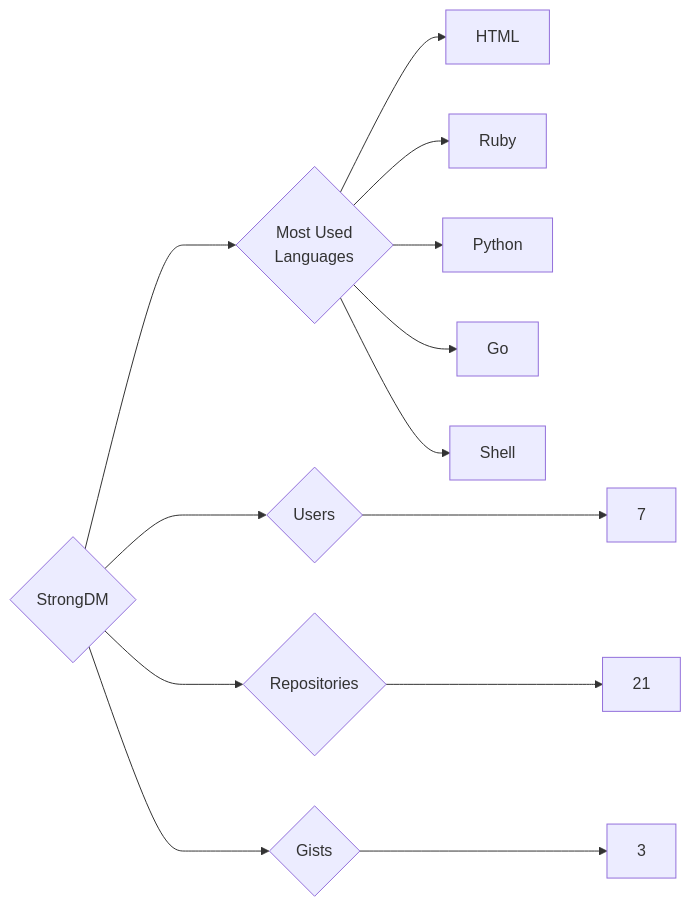
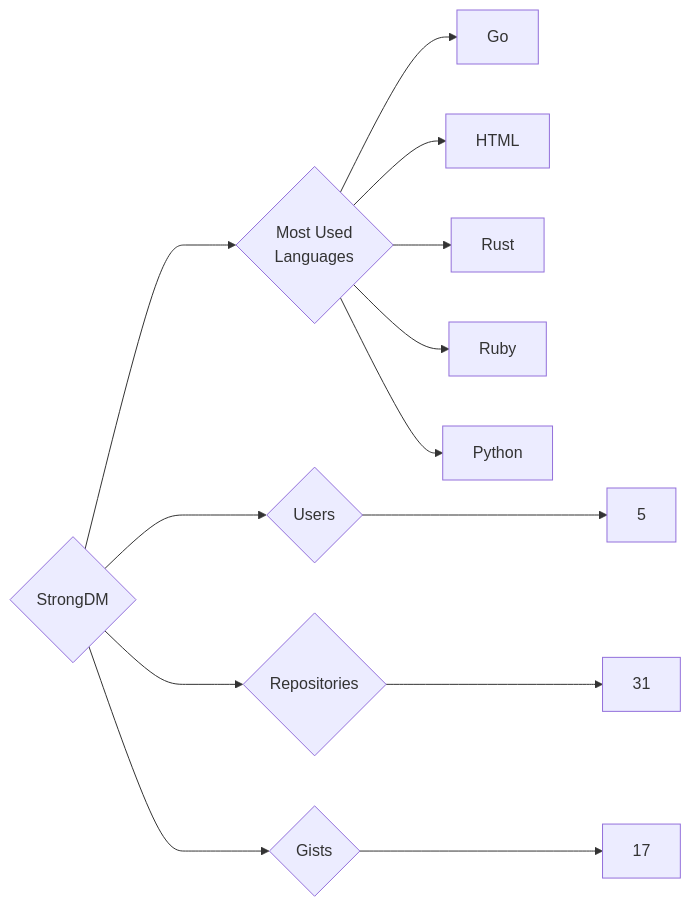
Before and after one commit to trickest/insiders: the diagram in targets/StrongDM/README.md, drawn with Mermaid. The commit also changed 928 other files, not shown here.

````diff
--- a/targets/StrongDM/README.md
+++ b/targets/StrongDM/README.md
@@ -3,13 +3,13 @@
 ```mermaid
 graph LR
 COMPANY_NAME{StrongDM}
-COMPANY_NAME ---> U{Users} ---> UN[7]
-COMPANY_NAME ---> R{Repositories} ---> RN[21]
-COMPANY_NAME ---> G{Gists} ---> GN[3]
+COMPANY_NAME ---> U{Users} ---> UN[5]
+COMPANY_NAME ---> R{Repositories} ---> RN[31]
+COMPANY_NAME ---> G{Gists} ---> GN[17]
 COMPANY_NAME ---> ML{Most Used<br>Languages}
+ML --> Go[Go]
 ML --> HTML[HTML]
+ML --> Rust[Rust]
 ML --> Ruby[Ruby]
 ML --> Python[Python]
-ML --> Go[Go]
-ML --> Shell[Shell]
 ```
````
